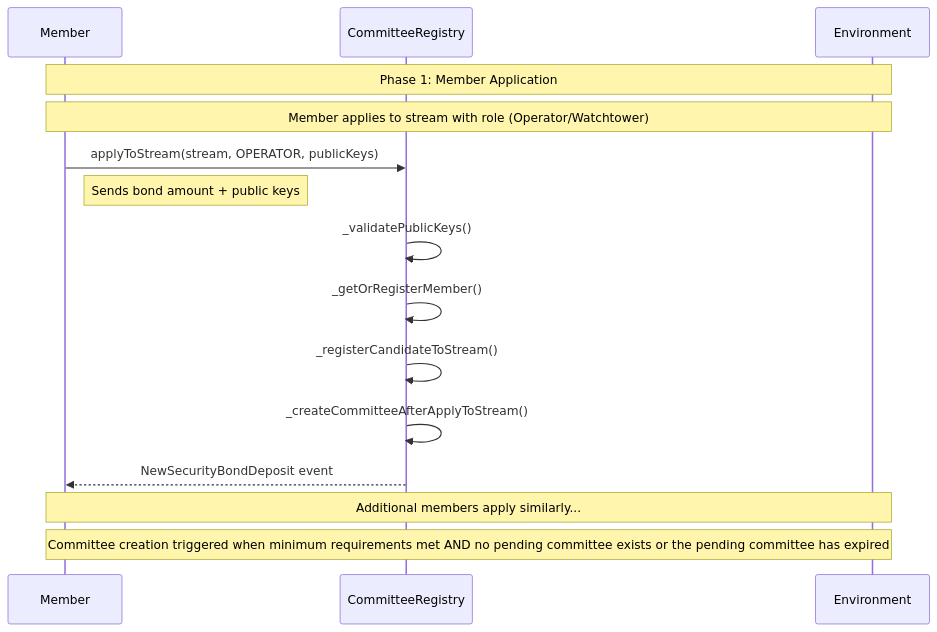
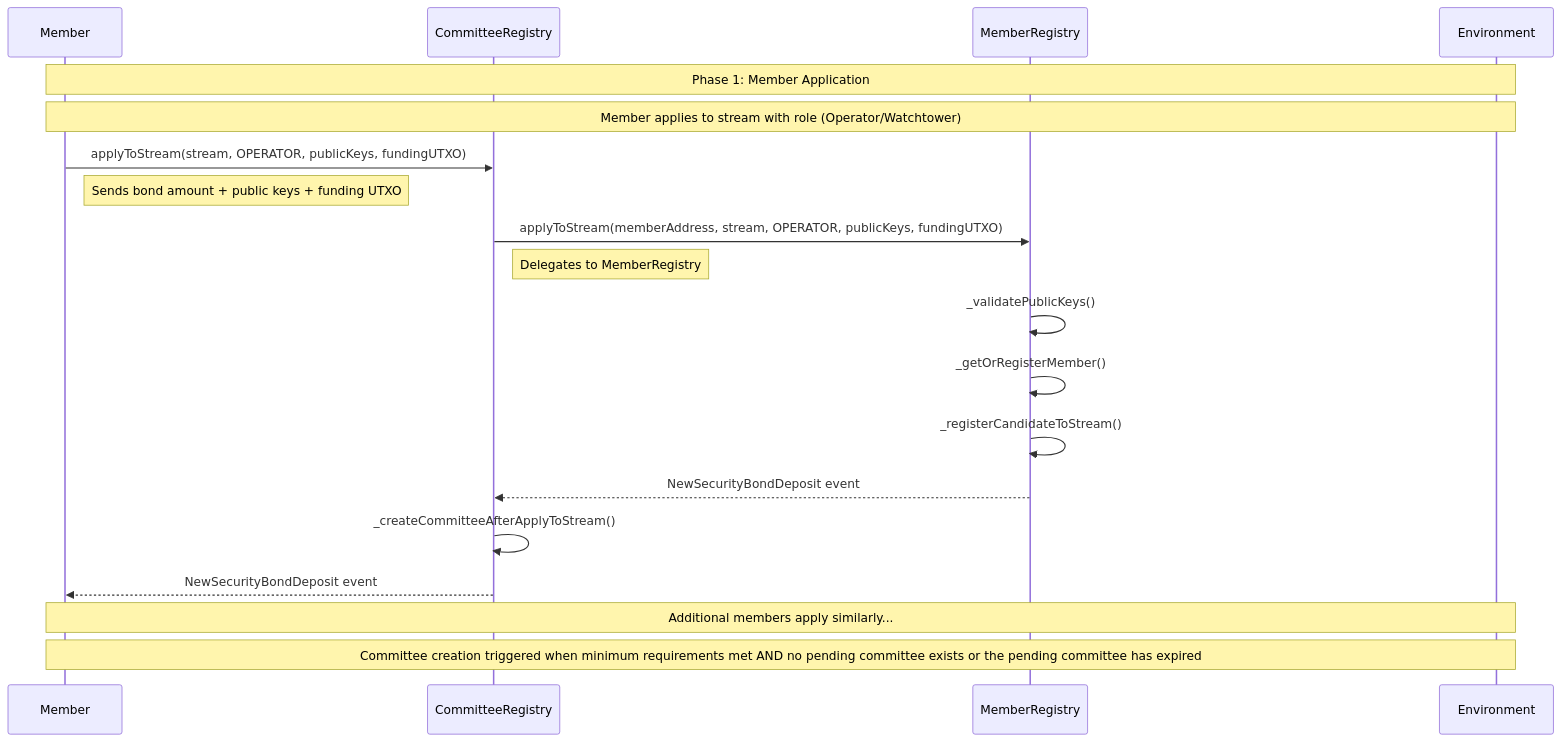
The first of 11 diagrams in README.md (rsksmart/union-bridge-contracts), drawn with Mermaid before and after one commit. The commit also changed other lines of this file, not shown here.

Commit message:
Update diagrams after CommitteRegistry split

````diff
--- a/README.md
+++ b/README.md
@@ -40,20 +40,24 @@
 ```mermaid
 sequenceDiagram
     participant M as Member
     participant CR as CommitteeRegistry
+    participant MR as MemberRegistry
     participant ENV as Environment
 
     Note over M,ENV: Phase 1: Member Application
     Note over M,ENV: Member applies to stream with role (Operator/Watchtower)
 
-    M->>CR: applyToStream(stream, OPERATOR, publicKeys)
-    Note right of M: Sends bond amount + public keys
-    CR->>CR: _validatePublicKeys()
-    CR->>CR: _getOrRegisterMember()
-    CR->>CR: _registerCandidateToStream()
+    M->>CR: applyToStream(stream, OPERATOR, publicKeys, fundingUTXO)
+    Note right of M: Sends bond amount + public keys + funding UTXO
+    CR->>MR: applyToStream(memberAddress, stream, OPERATOR, publicKeys, fundingUTXO)
+    Note right of CR: Delegates to MemberRegistry
+    MR->>MR: _validatePublicKeys()
+    MR->>MR: _getOrRegisterMember()
+    MR->>MR: _registerCandidateToStream()
+    MR-->>CR: NewSecurityBondDeposit event
     CR->>CR: _createCommitteeAfterApplyToStream()
     CR-->>M: NewSecurityBondDeposit event
 
     Note over M,ENV: Additional members apply similarly...
     Note over M,ENV: Committee creation triggered when minimum requirements met AND no pending committee exists or the pending committee has expired
 ```
````
